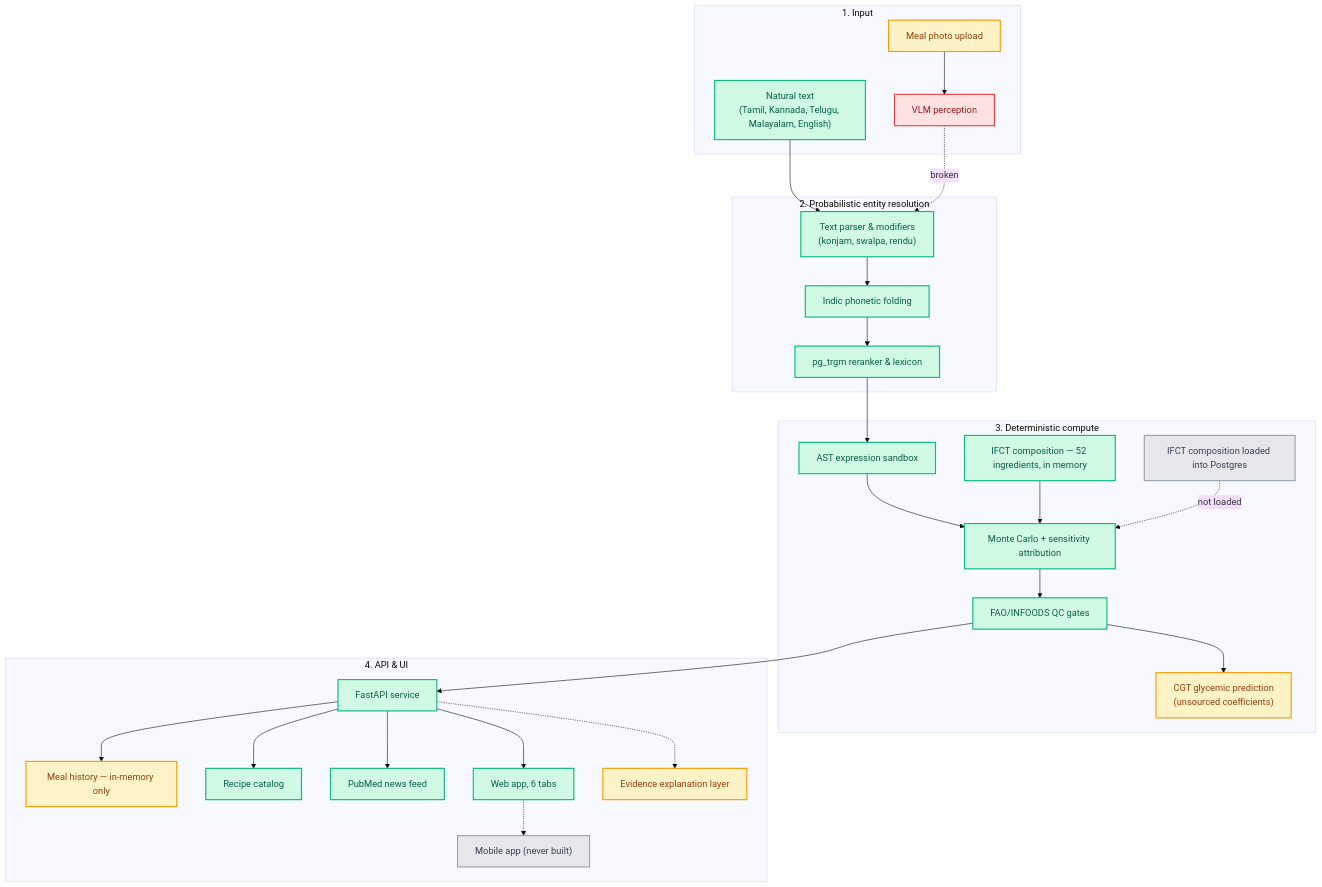
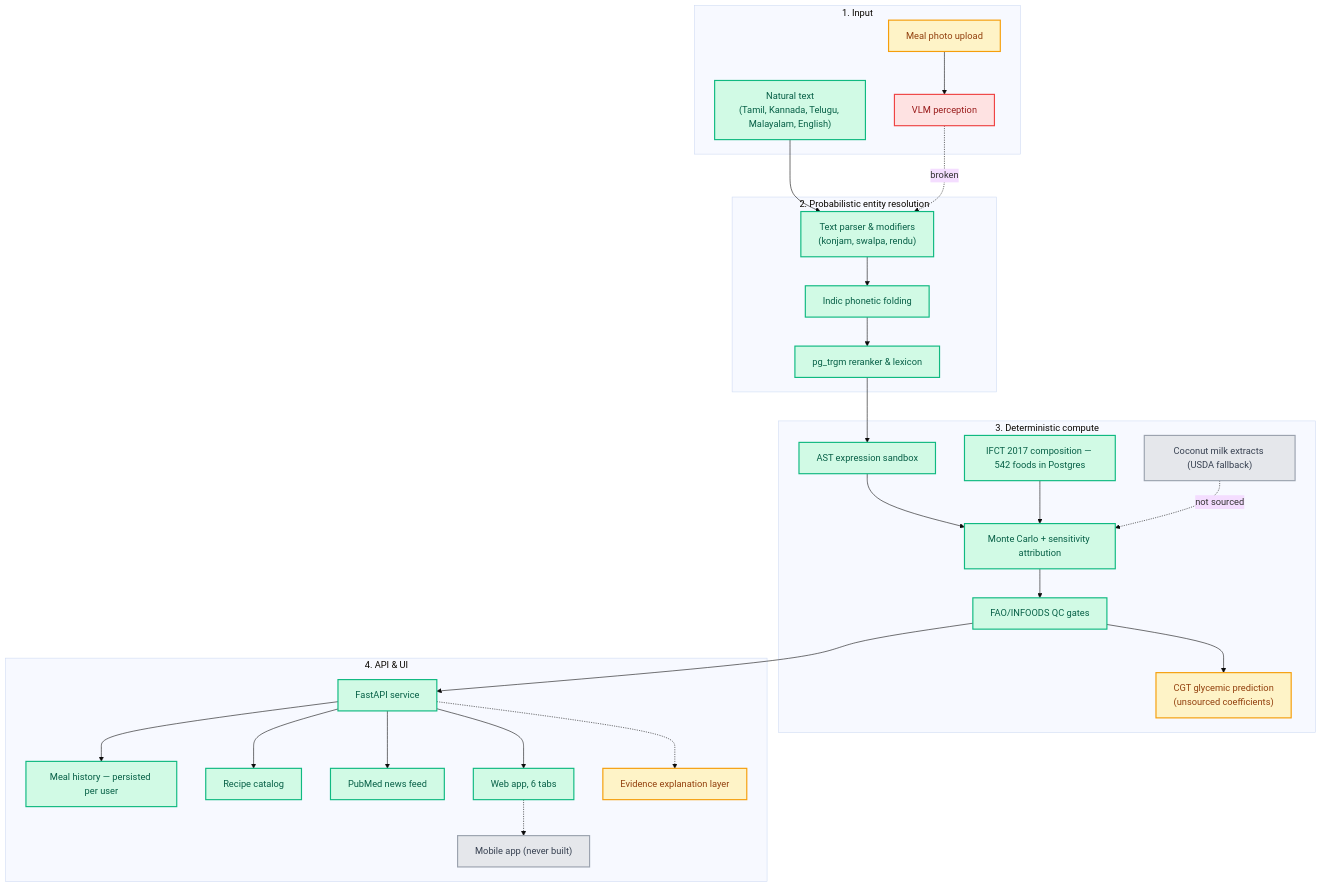
Before and after one commit to musicofthings/pathyam: the diagram in README.md, drawn with Mermaid (base theme). The commit also changed other lines of this file and 7 other files, not shown here.

First line of the commit message:
feat: persist the meal journal; fill composition IFCT does not carry

````diff
--- a/README.md
+++ b/README.md
@@ -73,50 +75,50 @@
 ```mermaid
 flowchart TD
     subgraph INPUT["1. Input"]
         A1["Natural text<br/>(Tamil, Kannada, Telugu, Malayalam, English)"]:::done
         A2["Meal photo upload"]:::partial
         A3["VLM perception"]:::broken
     end
 
     subgraph RESOLUTION["2. Probabilistic entity resolution"]
         B1["Text parser & modifiers<br/>(konjam, swalpa, rendu)"]:::done
         B2["Indic phonetic folding"]:::done
         B3["pg_trgm reranker & lexicon"]:::done
     end
 
     subgraph ENGINE["3. Deterministic compute"]
         C1["AST expression sandbox"]:::done
         C2["Monte Carlo + sensitivity attribution"]:::done
         C3["FAO/INFOODS QC gates"]:::done
-        C4["IFCT composition — 52 ingredients, in memory"]:::done
-        C5["IFCT composition loaded into Postgres"]:::pending
+        C4["IFCT 2017 composition — 542 foods in Postgres"]:::done
+        C5["Coconut milk extracts (USDA fallback)"]:::pending
         C6["CGT glycemic prediction<br/>(unsourced coefficients)"]:::partial
     end
 
     subgraph API_UI["4. API & UI"]
         D1["FastAPI service"]:::done
-        D2["Meal history — in-memory only"]:::partial
+        D2["Meal history — persisted per user"]:::done
         D3["Recipe catalog"]:::done
         D4["PubMed news feed"]:::done
         D5["Web app, 6 tabs"]:::done
         D6["Mobile app (never built)"]:::pending
         D7["Evidence explanation layer"]:::partial
     end
 
     A1 --> B1
     A2 --> A3
     A3 -.broken.-> B1
     B1 --> B2 --> B3 --> C1 --> C2 --> C3
     C4 --> C2
-    C5 -.not loaded.-> C2
+    C5 -.not sourced.-> C2
     C3 --> D1
     C3 --> C6
     D1 --> D2 & D3 & D4 & D5
     D5 -.-> D6
     D1 -.-> D7
 
     classDef done fill:#D1FAE5,stroke:#10B981,stroke-width:2px,color:#065F46;
     classDef partial fill:#FEF3C7,stroke:#F59E0B,stroke-width:2px,color:#92400E;
     classDef pending fill:#E5E7EB,stroke:#9CA3AF,stroke-width:2px,color:#374151;
     classDef broken fill:#FEE2E2,stroke:#EF4444,stroke-width:2px,color:#991B1B;
 ```
````
